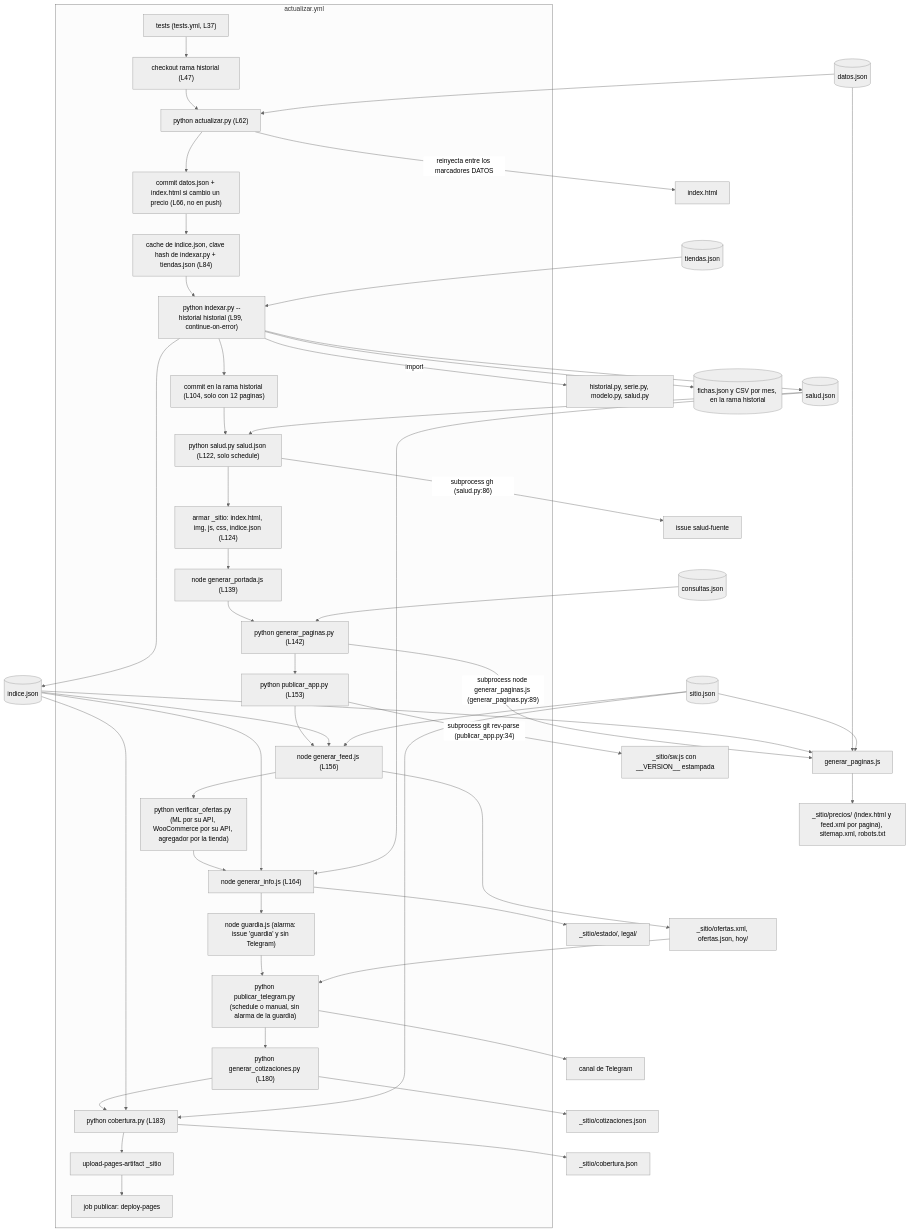
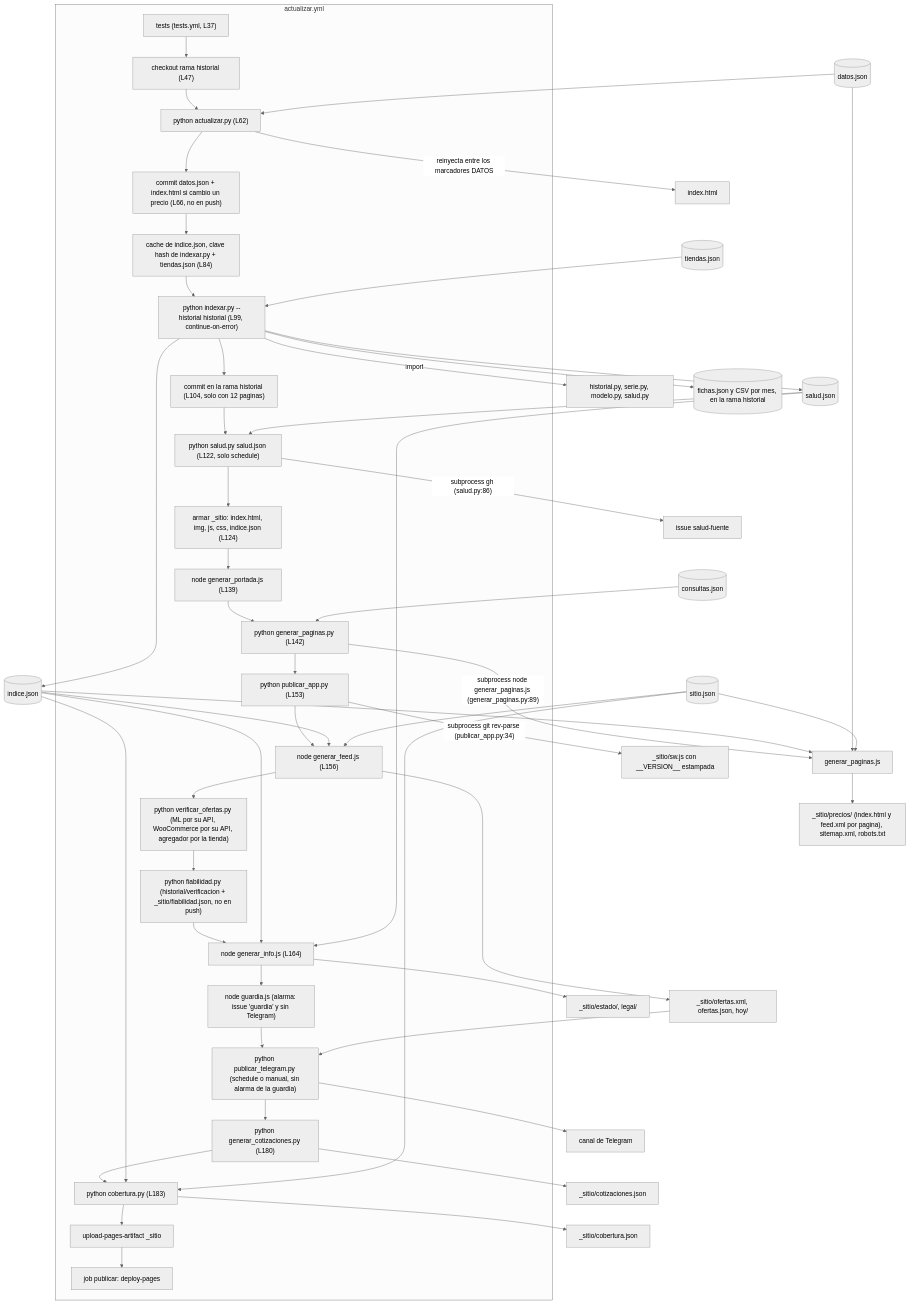
The diagram in docs/mapa.md (luismarceloescudero-debug/la-pichincha), drawn with Mermaid (neutral theme) before and after one commit. The commit also changed other lines of this file and 10 other files, not shown here.

````diff
--- a/docs/mapa.md
+++ b/docs/mapa.md
@@ -17,54 +17,55 @@
 ```mermaid
 flowchart TD
     subgraph WF["actualizar.yml"]
         T["tests (tests.yml, L37)"] --> H["checkout rama historial (L47)"]
         H --> A["python actualizar.py (L62)"]
         A --> AC["commit datos.json + index.html si cambio un precio (L66, no en push)"]
         AC --> CA["cache de indice.json, clave hash de indexar.py + tiendas.json (L84)"]
         CA --> IX["python indexar.py --historial historial (L99, continue-on-error)"]
         IX --> HC["commit en la rama historial (L104, solo con 12 paginas)"]
         HC --> SA["python salud.py salud.json (L122, solo schedule)"]
         SA --> PS["armar _sitio: index.html, img, js, css, indice.json (L124)"]
         PS --> PO["node generar_portada.js (L139)"]
         PO --> GP["python generar_paginas.py (L142)"]
         GP --> PA["python publicar_app.py (L153)"]
         PA --> FE["node generar_feed.js (L156)"]
         FE --> VO["python verificar_ofertas.py (ML por su API, WooCommerce por su API, agregador por la tienda)"]
-        VO --> IN["node generar_info.js (L164)"]
+        VO --> FI["python fiabilidad.py (historial/verificacion + _sitio/fiabilidad.json, no en push)"]
+        FI --> IN["node generar_info.js (L164)"]
         IN --> GU["node guardia.js (alarma: issue 'guardia' y sin Telegram)"]
         GU --> TG["python publicar_telegram.py (schedule o manual, sin alarma de la guardia)"]
         TG --> CO["python generar_cotizaciones.py (L180)"]
         CO --> CB["python cobertura.py (L183)"]
         CB --> UP["upload-pages-artifact _sitio"]
         UP --> DP["job publicar: deploy-pages"]
     end
 
     DJ[("datos.json")] --> A
     A -- "reinyecta entre los marcadores DATOS" --> IH["index.html"]
     TJ[("tiendas.json")] --> IX
     IX -- "import" --> MOD["historial.py, serie.py, modelo.py, salud.py"]
     IX --> IJ[("indice.json")]
     IX --> SJ[("salud.json")]
     IX --> FJ[("fichas.json y CSV por mes, en la rama historial")]
     SJ --> SA
     SA -- "subprocess gh (salud.py:86)" --> IS["issue salud-fuente"]
     CJ[("consultas.json")] --> GP
     GP -- "subprocess node generar_paginas.js (generar_paginas.py:89)" --> GPJ["generar_paginas.js"]
     IJ --> GPJ
     DJ --> GPJ
     GPJ --> PR["_sitio/precios/ (index.html y feed.xml por pagina), sitemap.xml, robots.txt"]
     PA -- "subprocess git rev-parse (publicar_app.py:34)" --> SW["_sitio/sw.js con __VERSION__ estampada"]
     IJ --> FE
     FE --> OF["_sitio/ofertas.xml, ofertas.json, hoy/"]
     OF --> TG
     TG --> TEL["canal de Telegram"]
     IJ --> IN
     SJ --> IN
     IN --> EL["_sitio/estado/, legal/"]
     CO --> CT["_sitio/cotizaciones.json"]
     IJ --> CB
     CB --> CJS["_sitio/cobertura.json"]
     ST[("sitio.json")] --> GPJ
     ST --> FE
     ST --> CB
 ```
````
